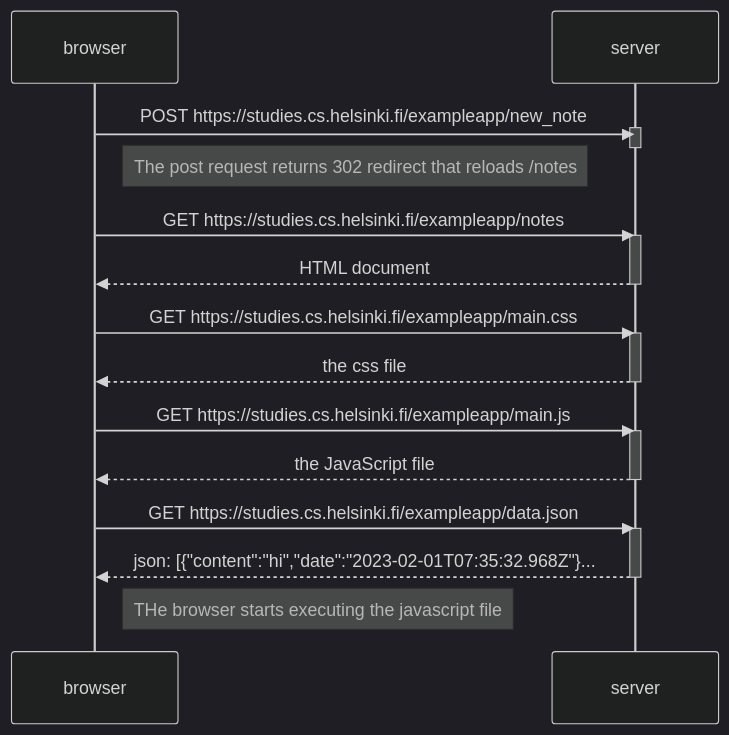
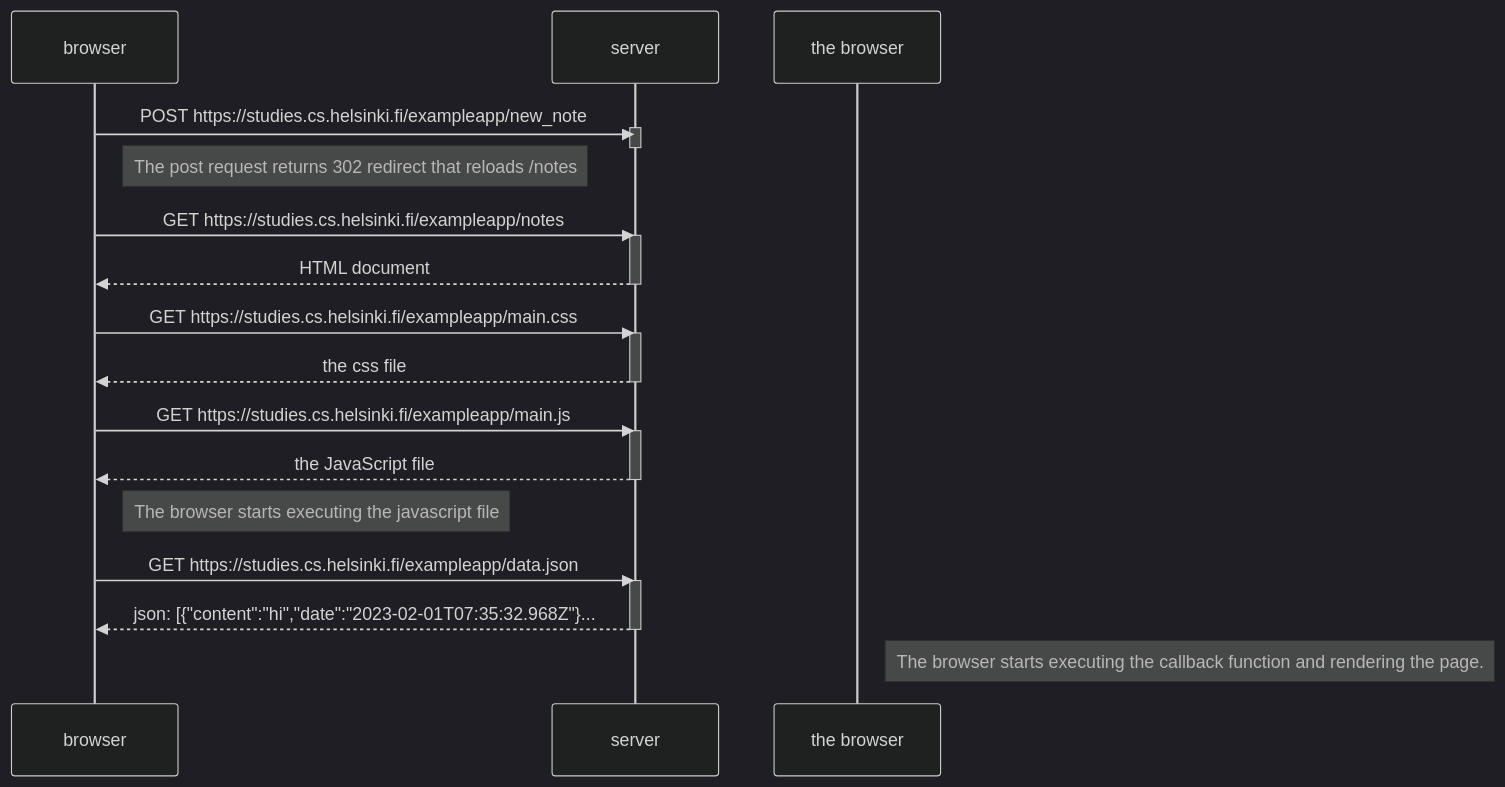
Before and after one commit to Hontunen/palautusrepositorio: the diagram in osa0/0.4.md, drawn with Mermaid (dark theme).

Commit message:
Korjattiin järjestystä

````diff
--- a/osa0/0.4.md
+++ b/osa0/0.4.md
@@ -1,39 +1,41 @@
 ```mermaid
 
 sequenceDiagram
     participant browser
     participant server
     
     browser->>server: POST https://studies.cs.helsinki.fi/exampleapp/new_note
     activate server
     deactivate server
 
     Note right of browser: The post request returns 302 redirect that reloads /notes
     
     browser->>server: GET https://studies.cs.helsinki.fi/exampleapp/notes
     activate server
     server-->>browser: HTML document
     deactivate server
     
     browser->>server: GET https://studies.cs.helsinki.fi/exampleapp/main.css
     activate server
     server-->>browser: the css file
     deactivate server
     
     
     browser->>server:  GET https://studies.cs.helsinki.fi/exampleapp/main.js
     activate server
     server-->>browser:  the JavaScript file
-    deactivate server    
-    
+    deactivate server 
+       
+    Note right of browser: The browser starts executing the javascript file 
 
     
     browser->>server:  GET https://studies.cs.helsinki.fi/exampleapp/data.json
     activate server
     server-->>browser:  json: [{"content":"hi","date":"2023-02-01T07:35:32.968Z"}...
     deactivate server   
     
-    Note right of browser: THe browser starts executing the javascript file 
+    Note right of the browser: The browser starts executing the callback function and rendering the page. 
+
 
 
 ```
````
